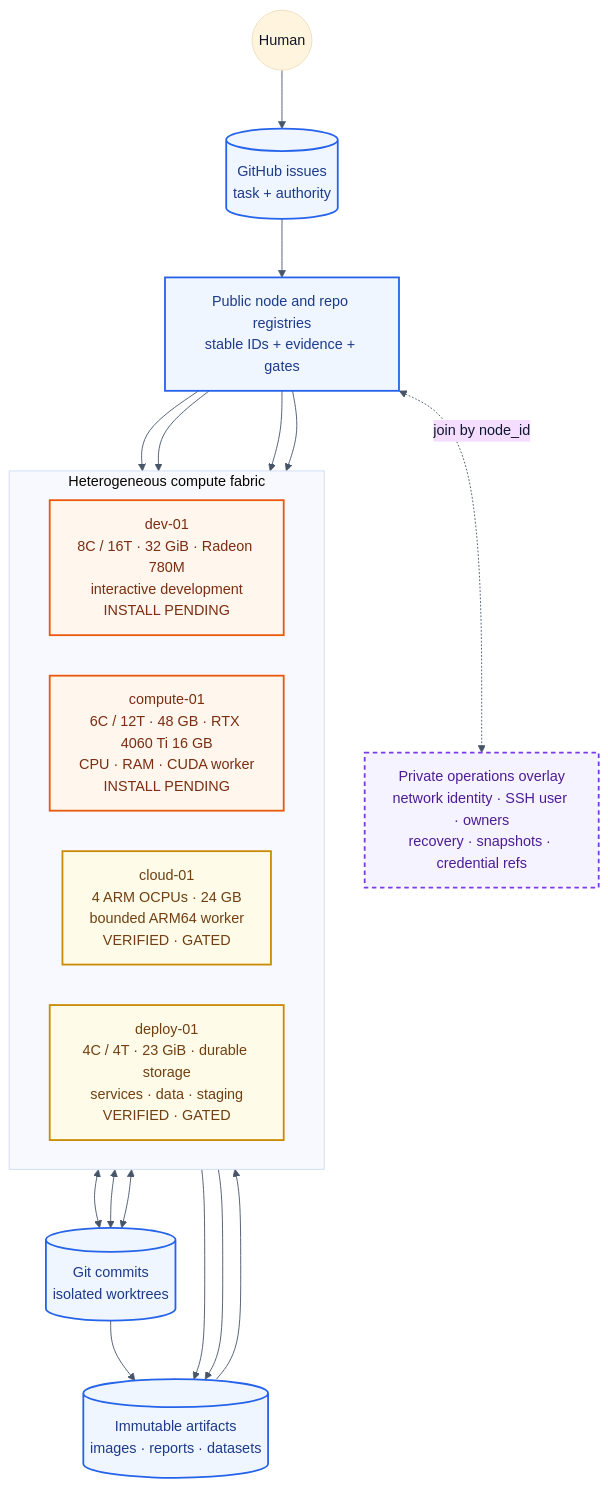
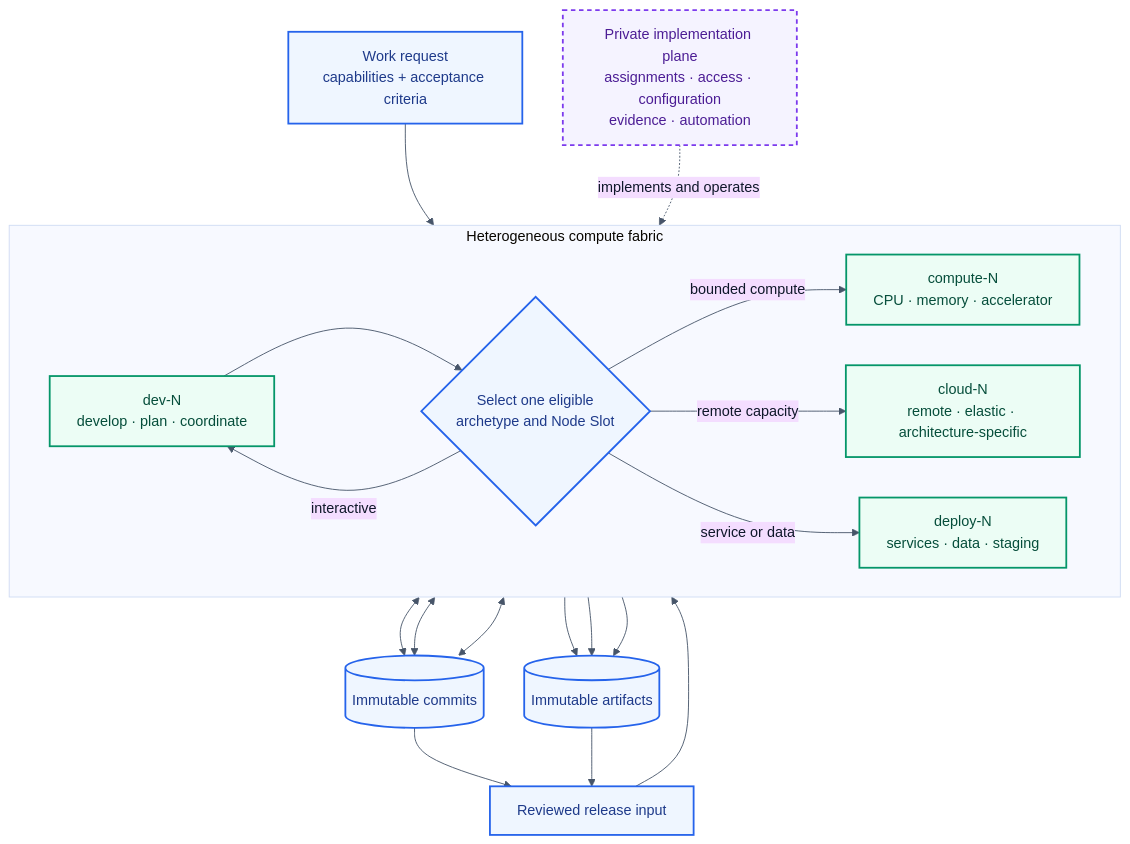
One commit to Kitkitkittt/heterogeneous-compute-fabric changed the diagram in docs/diagrams/current-fabric.mmd. Above: the diagram before and after it, drawn with Mermaid. The commit also changed 72 other files, not shown here.

```diff
--- a/docs/diagrams/current-fabric.mmd
+++ b/docs/diagrams/current-fabric.mmd
@@ -1,36 +1,44 @@
 %%{init: {"theme": "base", "themeVariables": {"fontFamily": "Inter, Segoe UI, sans-serif", "primaryTextColor": "#0f172a", "lineColor": "#475569"}, "flowchart": {"curve": "basis", "nodeSpacing": 45, "rankSpacing": 65}}}%%
 flowchart TB
-    Human((Human)) --> Issues[(GitHub issues<br/>task + authority)] --> Registry["Public node and repo registries<br/>stable IDs + evidence + gates"]
-    Registry <-. "join by node_id" .-> Private["Private operations overlay<br/>network identity · SSH user · owners<br/>recovery · snapshots · credential refs"]
+    accTitle: Conceptual heterogeneous compute fabric
+    accDescr: A work request enters the development and control node, which selects one eligible node role. Nodes exchange immutable commits and artifacts, and the private implementation plane supplies operational assignments and evidence.
+
+    Request["Work request<br/>capabilities + acceptance criteria"] --> Dev
 
     subgraph Fabric["Heterogeneous compute fabric"]
         direction LR
-        Dev["dev-01<br/>8C / 16T · 32 GiB · Radeon 780M<br/>interactive development<br/>INSTALL PENDING"]
-        Compute["compute-01<br/>6C / 12T · 48 GB · RTX 4060 Ti 16 GB<br/>CPU · RAM · CUDA worker<br/>INSTALL PENDING"]
-        Cloud["cloud-01<br/>4 ARM OCPUs · 24 GB<br/>bounded ARM64 worker<br/>VERIFIED · GATED"]
-        Deploy["deploy-01<br/>4C / 4T · 23 GiB · durable storage<br/>services · data · staging<br/>VERIFIED · GATED"]
+        Dev["dev-N<br/>develop · plan · coordinate"]
+        Match{"Select one eligible<br/>archetype and Node Slot"}
+        Compute["compute-N<br/>CPU · memory · accelerator"]
+        Cloud["cloud-N<br/>remote · elastic · architecture-specific"]
+        Deploy["deploy-N<br/>services · data · staging"]
+        Dev --> Match
+        Match -- interactive --> Dev
+        Match -- bounded compute --> Compute
+        Match -- remote capacity --> Cloud
+        Match -- service or data --> Deploy
     end
 
-    Git[("Git commits<br/>isolated worktrees")]
-    Artifacts[("Immutable artifacts<br/>images · reports · datasets")]
+    Commits[("Immutable commits")]
+    Artifacts[("Immutable artifacts")]
+    Release["Reviewed release input"]
 
-    Registry --> Dev
-    Registry --> Compute
-    Registry --> Cloud
-    Registry --> Deploy
-    Dev <--> Git
-    Compute <--> Git
-    Cloud <--> Git
-    Git --> Artifacts
+    Dev <--> Commits
+    Compute <--> Commits
+    Cloud <--> Commits
+    Dev --> Artifacts
     Compute --> Artifacts
     Cloud --> Artifacts
-    Artifacts --> Deploy
+    Commits --> Release
+    Artifacts --> Release
+    Release --> Deploy
 
-    classDef pending fill:#fff7ed,stroke:#ea580c,color:#7c2d12,stroke-width:2px;
-    classDef gated fill:#fefce8,stroke:#ca8a04,color:#713f12,stroke-width:2px;
+    Private["Private implementation plane<br/>assignments · access · configuration<br/>evidence · automation"]
+    Private -. "implements and operates" .-> Fabric
+
     classDef control fill:#eff6ff,stroke:#2563eb,color:#1e3a8a,stroke-width:2px;
-    classDef private fill:#f5f3ff,stroke:#7c3aed,color:#4c1d95,stroke-width:2px,stroke-dasharray: 5 4;
-    class Dev,Compute pending;
-    class Cloud,Deploy gated;
-    class Issues,Registry,Git,Artifacts control;
+    classDef node fill:#ecfdf5,stroke:#059669,color:#064e3b,stroke-width:2px;
+    classDef private fill:#f5f3ff,stroke:#7c3aed,color:#4c1d95,stroke-width:2px,stroke-dasharray:5 4;
+    class Request,Match,Commits,Artifacts,Release control;
+    class Dev,Compute,Cloud,Deploy node;
     class Private private;
```
